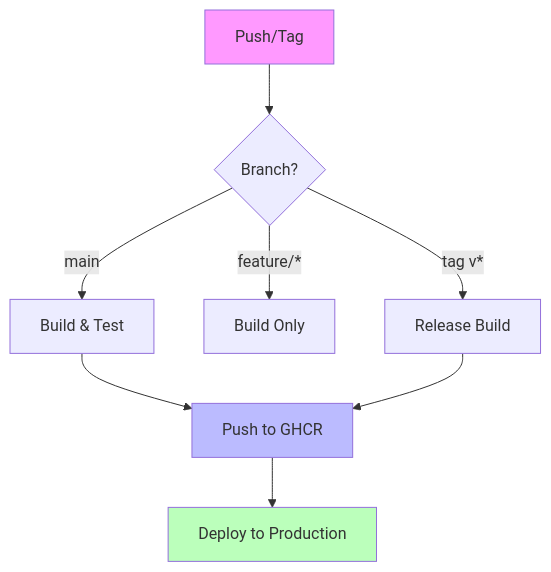
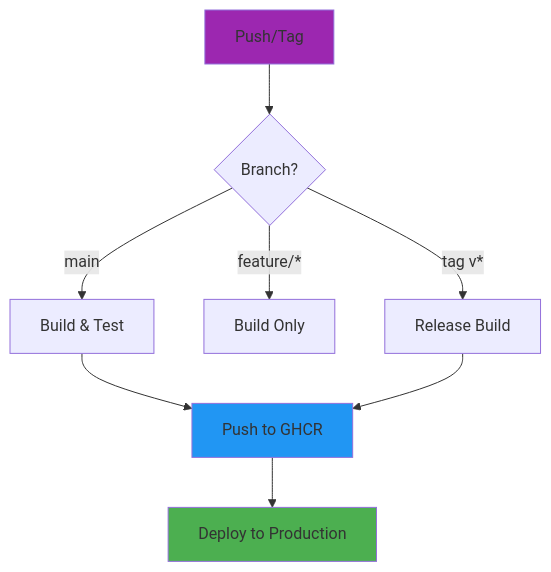
One commit to VBlackJack/ShellBook changed the diagram in docs/devops/pipelines/github-actions-workflow.md. Above: the diagram before and after it, drawn with Mermaid. The commit also changed 337 other files, not shown here.

First line of the commit message:
refactor(docs): Standardize code blocks and Mermaid colors

````diff
--- a/docs/devops/pipelines/github-actions-workflow.md
+++ b/docs/devops/pipelines/github-actions-workflow.md
@@ -40,15 +40,15 @@
 ```mermaid
 graph TD
     A[Push/Tag] --> B{Branch?}
     B -->|main| C[Build & Test]
     B -->|feature/*| D[Build Only]
     B -->|tag v*| E[Release Build]
 
     C --> F[Push to GHCR]
     E --> F
     F --> G[Deploy to Production]
 
-    style A fill:#f9f
-    style F fill:#bbf
-    style G fill:#bfb
+    style A fill:#9C27B0
+    style F fill:#2196F3
+    style G fill:#4CAF50
 ```
````
